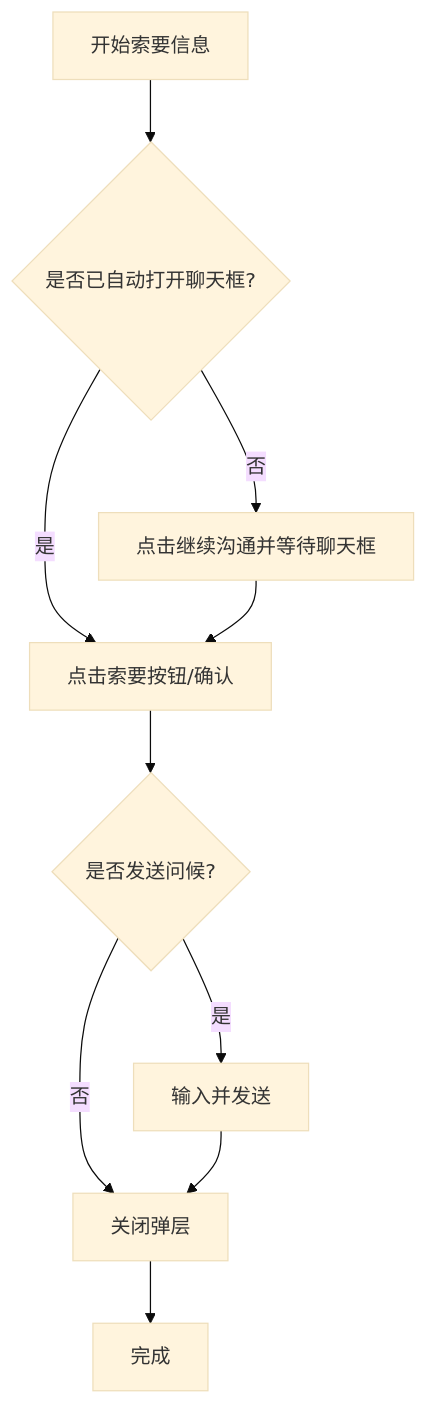
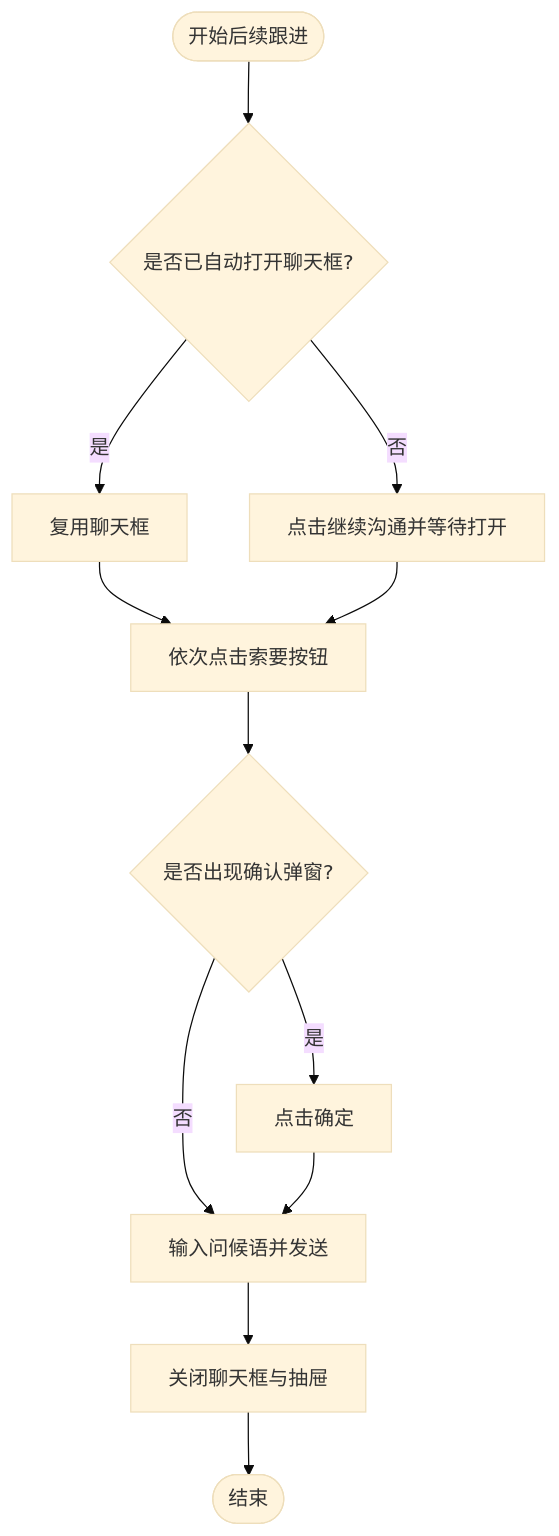
The eighth of 10 diagrams in .qoder/repowiki/zh/content/系统架构/本地Agent架构/平台适配器系统/猎聘适配器.md (alvinwangzi/goodhr), drawn with Mermaid (base theme) before and after one commit. The commit also changed other lines of this file and 149 other files, not shown here.

````diff
--- a/.qoder/repowiki/zh/content/系统架构/本地Agent架构/平台适配器系统/猎聘适配器.md
+++ b/.qoder/repowiki/zh/content/系统架构/本地Agent架构/平台适配器系统/猎聘适配器.md
@@ -286,12 +304,14 @@
 ```mermaid
 flowchart TD
-F0["开始索要信息"] --> Reuse{"是否已自动打开聊天框?"}
-Reuse --> |是| Actions["点击索要按钮/确认"]
-Reuse --> |否| OpenChat["点击继续沟通并等待聊天框"]
+FStart(["开始后续跟进"]) --> Reuse{"是否已自动打开聊天框?"}
+Reuse --> |是| UseChat["复用聊天框"]
+Reuse --> |否| OpenChat["点击继续沟通并等待打开"]
+UseChat --> Actions["依次点击索要按钮"]
 OpenChat --> Actions
-Actions --> Message{"是否发送问候?"}
-Message --> |是| TypeSend["输入并发送"]
-Message --> |否| ClosePanels["关闭弹层"]
-TypeSend --> ClosePanels
-ClosePanels --> Done["完成"]
+Actions --> Confirm{"是否出现确认弹窗?"}
+Confirm --> |是| ClickConfirm["点击确定"]
+Confirm --> |否| TypeMsg["输入问候语并发送"]
+ClickConfirm --> TypeMsg
+TypeMsg --> ClosePanels["关闭聊天框与抽屉"]
+ClosePanels --> FEnd(["结束"])
 ```
````
